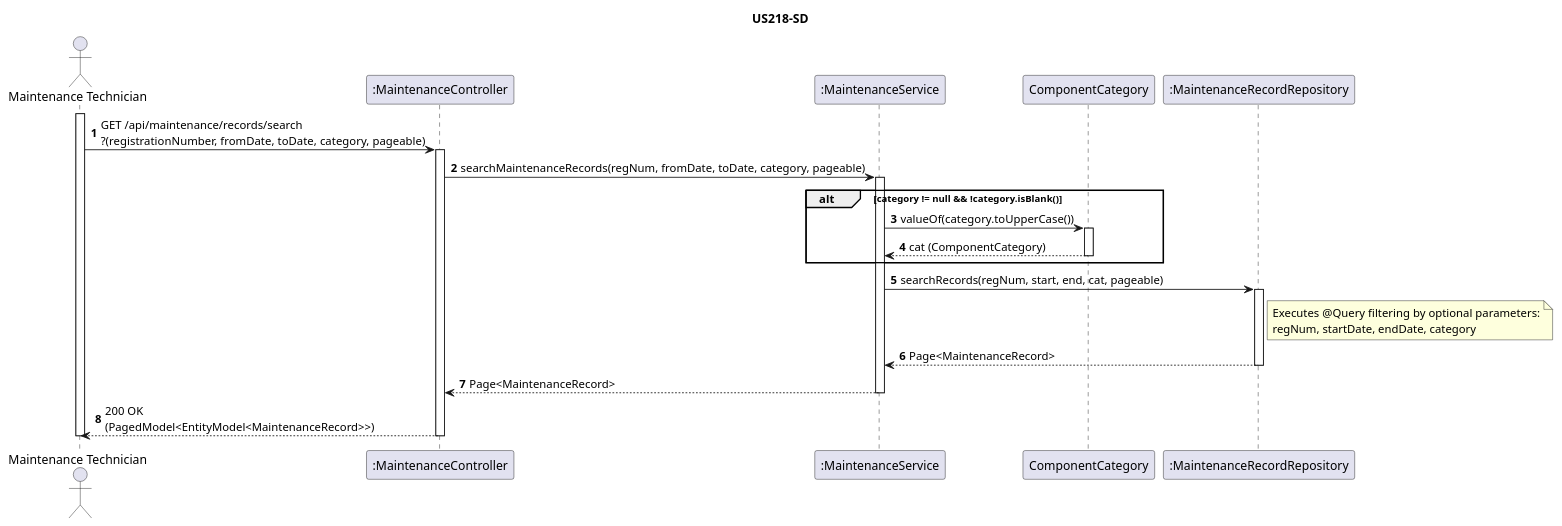
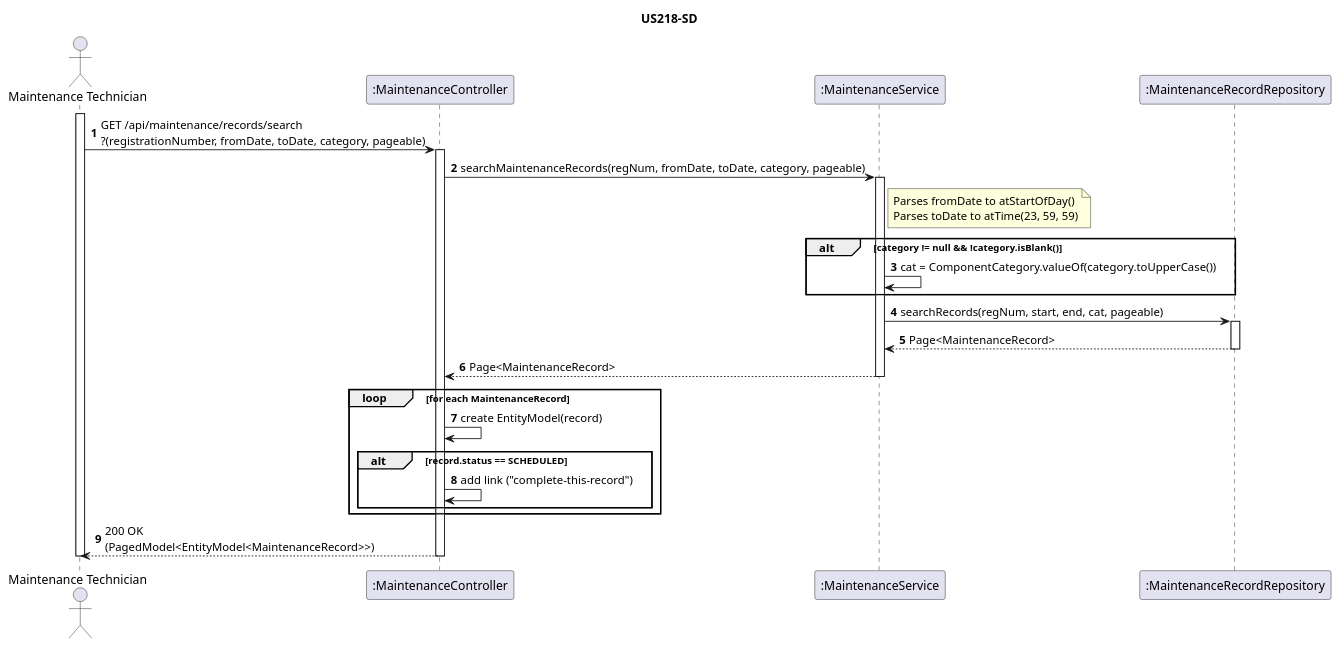
Before and after one commit to anamartasilvaa/PSOFT_AISafe_Flight: the diagram in docs/WP#4B- Enhanced Maintenance Management/US218/US218 - SD.puml, drawn with PlantUML. The commit also changed 12 other files, not shown here.

```diff
--- a/docs/WP#4B- Enhanced Maintenance Management/US218/US218 - SD.puml
+++ b/docs/WP#4B- Enhanced Maintenance Management/US218/US218 - SD.puml
@@ -1,37 +1,40 @@
 @startuml
 title US218-SD
 autonumber
 actor "Maintenance Technician" as Tech
 participant ":MaintenanceController" as Ctrl
 participant ":MaintenanceService" as Service
-participant "ComponentCategory" as Enum
 participant ":MaintenanceRecordRepository" as Repo
 
 activate Tech
 Tech -> Ctrl : GET /api/maintenance/records/search\n?(registrationNumber, fromDate, toDate, category, pageable)
 activate Ctrl
 
 Ctrl -> Service : searchMaintenanceRecords(regNum, fromDate, toDate, category, pageable)
 activate Service
 
+note right of Service : Parses fromDate to atStartOfDay()\nParses toDate to atTime(23, 59, 59)
 
 alt category != null && !category.isBlank()
-    Service -> Enum : valueOf(category.toUpperCase())
-    activate Enum
-    Enum --> Service : cat (ComponentCategory)
-    deactivate Enum
+    Service -> Service : cat = ComponentCategory.valueOf(category.toUpperCase())
 end
 
 Service -> Repo : searchRecords(regNum, start, end, cat, pageable)
 activate Repo
-note right of Repo : Executes @Query filtering by optional parameters:\nregNum, startDate, endDate, category
 Repo --> Service : Page<MaintenanceRecord>
 deactivate Repo
 
 Service --> Ctrl : Page<MaintenanceRecord>
 deactivate Service
 
+loop for each MaintenanceRecord
+    Ctrl -> Ctrl : create EntityModel(record)
+    alt record.status == SCHEDULED
+        Ctrl -> Ctrl : add link ("complete-this-record")
+    end
+end
+
 Ctrl --> Tech : 200 OK\n(PagedModel<EntityModel<MaintenanceRecord>>)
 deactivate Ctrl
 deactivate Tech
 @enduml
```
